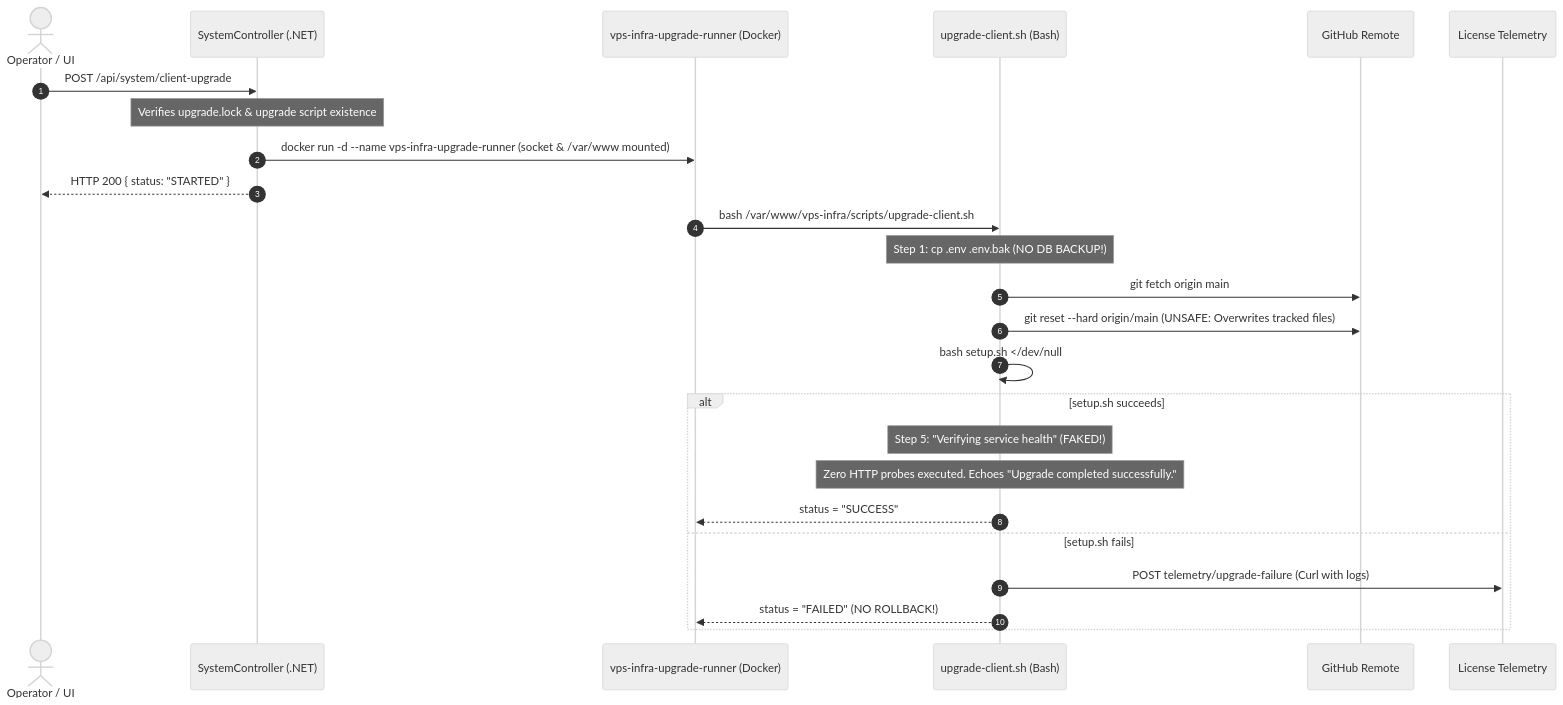
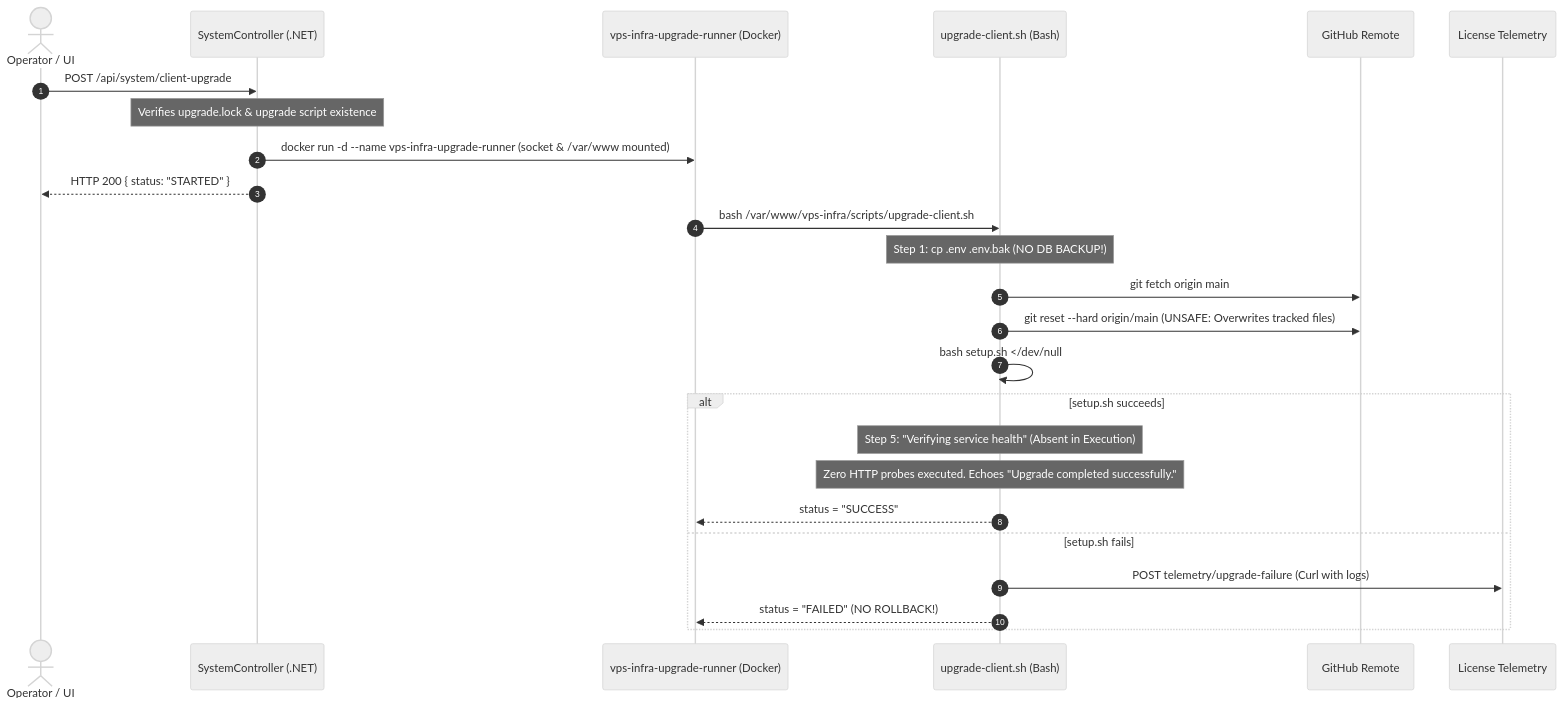
One commit to tmk-computers/vps-infra changed the diagram in docs/remediation/phase-0/12_UPGRADE_CURRENT_STATE.md. Above: the diagram before and after it, drawn with Mermaid (neutral theme). The commit also changed other lines of this file and 47 other files, not shown here.

````diff
--- a/docs/remediation/phase-0/12_UPGRADE_CURRENT_STATE.md
+++ b/docs/remediation/phase-0/12_UPGRADE_CURRENT_STATE.md
@@ -29,30 +29,30 @@
 ```mermaid
 sequenceDiagram
     autonumber
     actor Admin as Operator / UI
     participant API as SystemController (.NET)
     participant Runner as vps-infra-upgrade-runner (Docker)
     participant Script as upgrade-client.sh (Bash)
     participant Git as GitHub Remote
     participant License as License Telemetry
 
     Admin->>API: POST /api/system/client-upgrade
     Note over API: Verifies upgrade.lock & upgrade script existence
     API->>Runner: docker run -d --name vps-infra-upgrade-runner (socket & /var/www mounted)
     API-->>Admin: HTTP 200 { status: "STARTED" }
     
     Runner->>Script: bash /var/www/vps-infra/scripts/upgrade-client.sh
     Note over Script: Step 1: cp .env .env.bak (NO DB BACKUP!)
     Script->>Git: git fetch origin main
     Script->>Git: git reset --hard origin/main (UNSAFE: Overwrites tracked files)
     Script->>Script: bash setup.sh </dev/null
     
     alt setup.sh succeeds
-        Note over Script: Step 5: "Verifying service health" (FAKED!)
+        Note over Script: Step 5: "Verifying service health" (Absent in Execution)
         Note over Script: Zero HTTP probes executed. Echoes "Upgrade completed successfully."
         Script-->>Runner: status = "SUCCESS"
     else setup.sh fails
         Script->>License: POST telemetry/upgrade-failure (Curl with logs)
         Script-->>Runner: status = "FAILED" (NO ROLLBACK!)
     end
 ```
````
